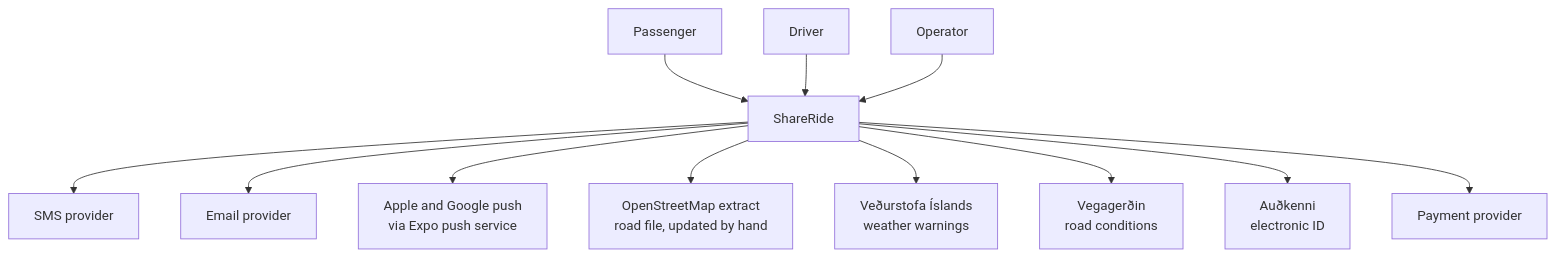
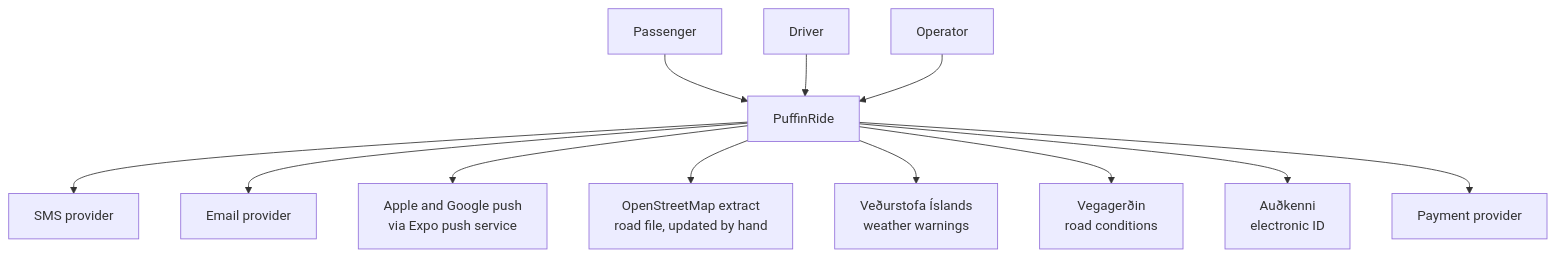
The first of 4 diagrams in docs/architecture/overview.md (safarcikm/ShareRide), drawn with Mermaid before and after one commit. The commit also changed 24 other files, not shown here.

First line of the commit message:
docs: the living docs and legal drafts say PuffinRide

````diff
--- a/docs/architecture/overview.md
+++ b/docs/architecture/overview.md
@@ -10,15 +10,15 @@
 ```mermaid
 flowchart TB
   P[Passenger] --> SR
   D[Driver] --> SR
   O[Operator] --> SR
-  SR[ShareRide]
+  SR[PuffinRide]
   SR --> SMS[SMS provider]
   SR --> MAIL[Email provider]
   SR --> PUSH[Apple and Google push<br/>via Expo push service]
   SR --> OSM[OpenStreetMap extract<br/>road file, updated by hand]
   SR --> WX[Veðurstofa Íslands<br/>weather warnings]
   SR --> ROAD[Vegagerðin<br/>road conditions]
   SR --> EID[Auðkenni<br/>electronic ID]
   SR --> PAY[Payment provider]
 ```
````
